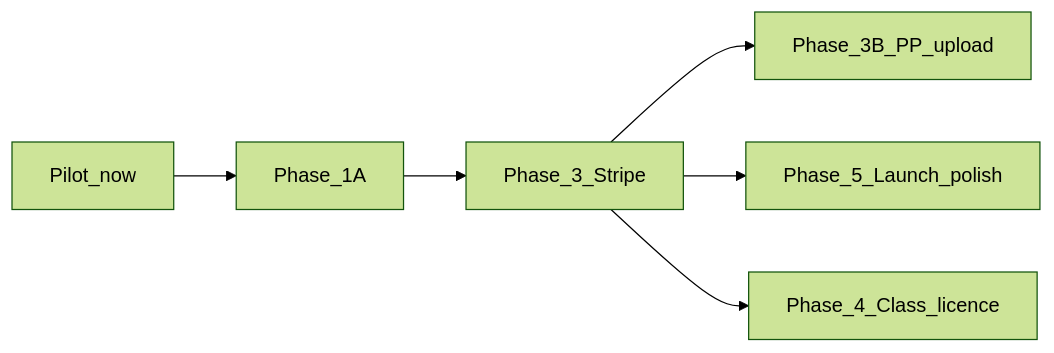
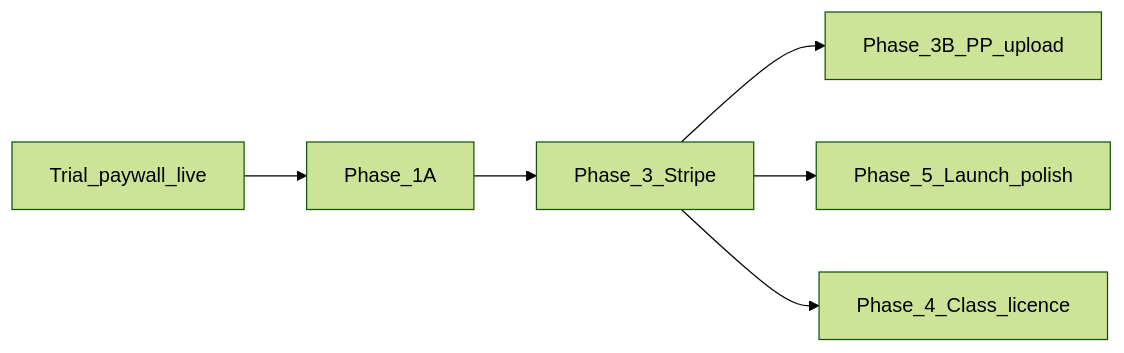
One commit to jrdigby/aqa-trilogy-app changed the diagram in production_rollout_plan.md. Above: the diagram before and after it, drawn with Mermaid (forest theme). The commit also changed other lines of this file and 10 other files, not shown here.

First line of the commit message:
Implement trial period and hard paywall features for student subscriptions

````diff
--- a/production_rollout_plan.md
+++ b/production_rollout_plan.md
@@ -45,8 +57,8 @@
 ```mermaid
 flowchart LR
-  pilot[Pilot_now] --> p1a[Phase_1A]
+  trialLive[Trial_paywall_live] --> p1a[Phase_1A]
   p1a --> p3[Phase_3_Stripe]
   p3 --> p3b[Phase_3B_PP_upload]
   p3 --> p5[Phase_5_Launch_polish]
   p3 --> p4[Phase_4_Class_licence]
 ```
````
